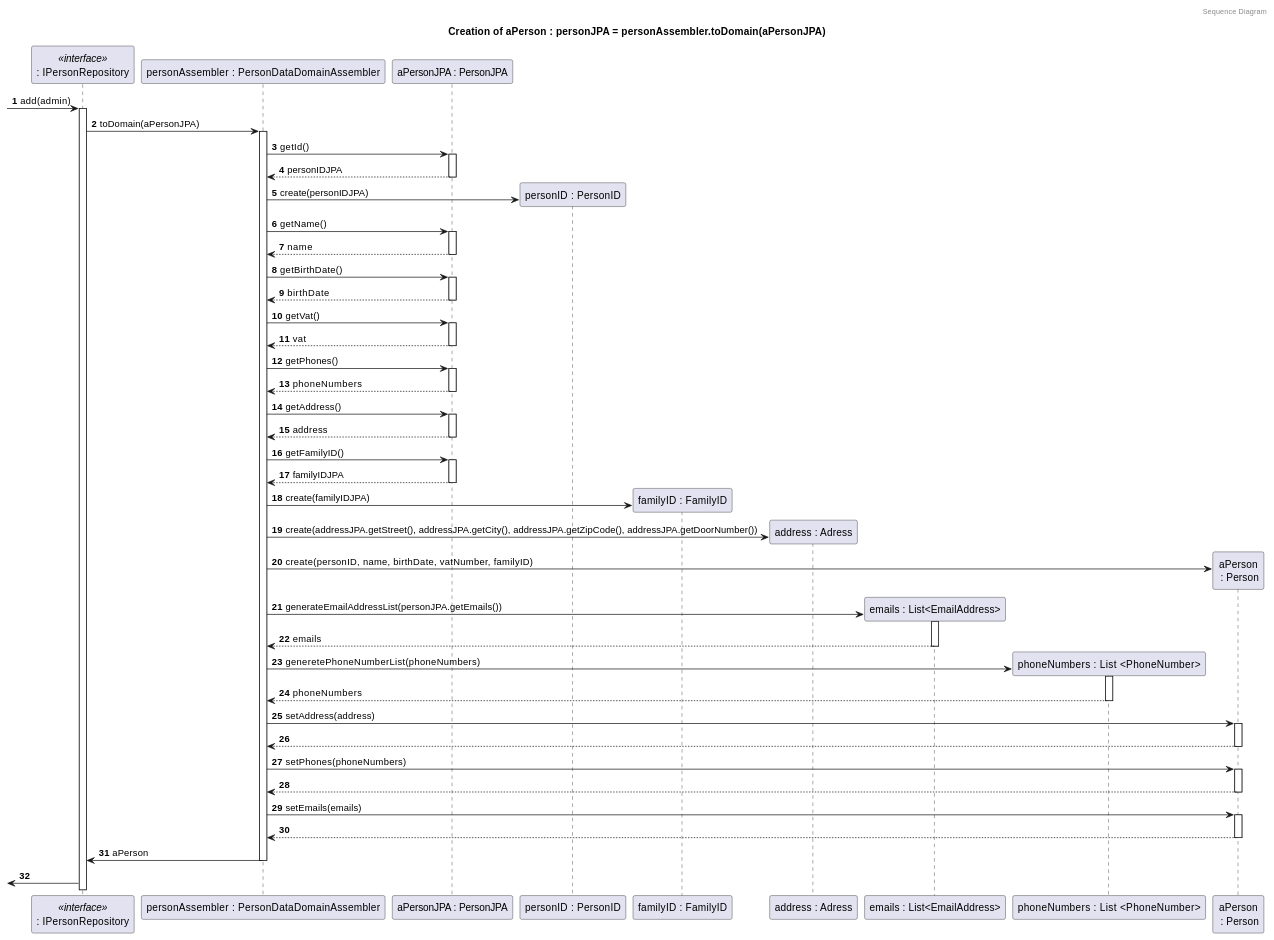
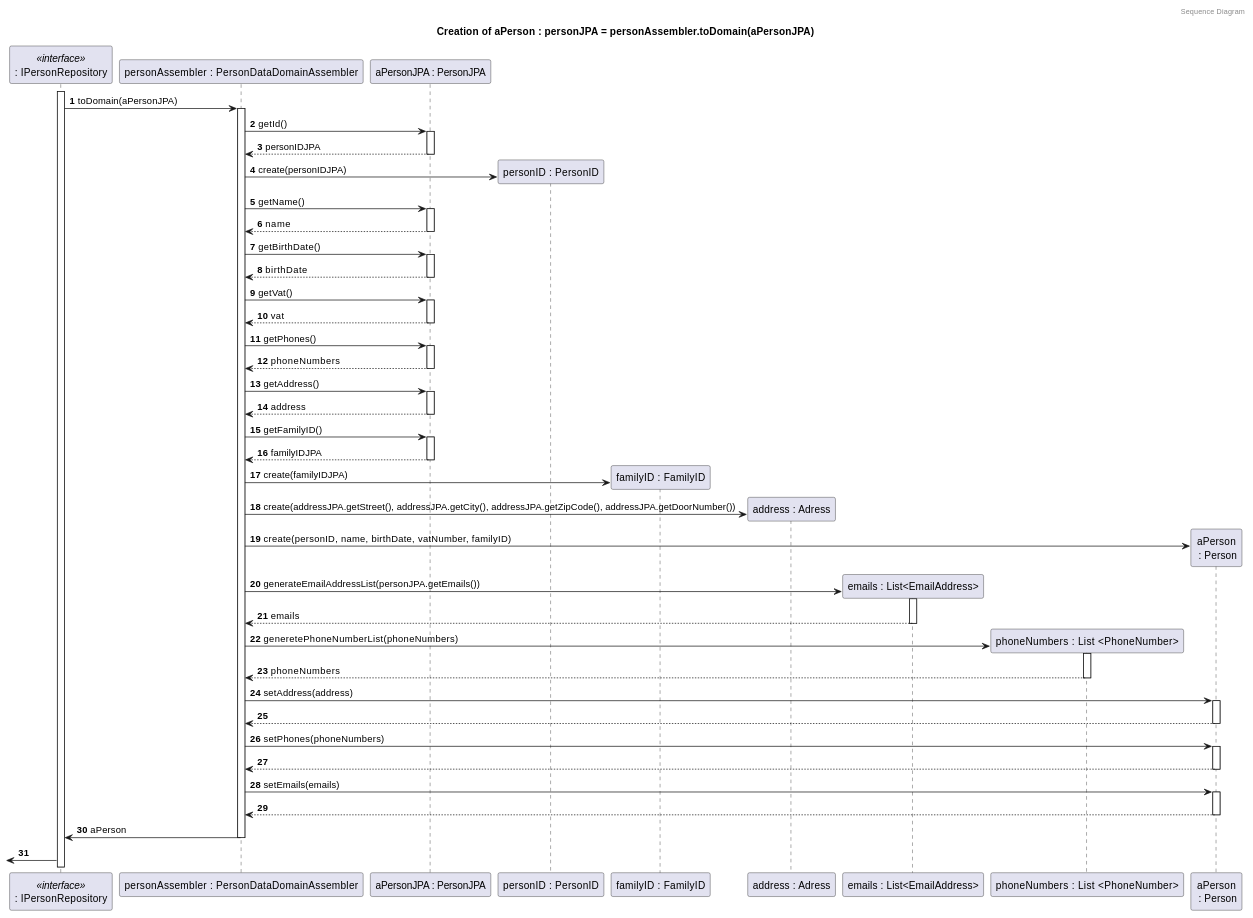
Before and after one commit to tomas-osswald/switch_2020_g3: the fifth of 6 diagrams in docs/sprint5/user_stories/US150_GetFamilyMemberProfile.md, drawn with PlantUML. The commit also changed other lines of this file and 1 other file, not shown here.

```diff
--- a/docs/sprint5/user_stories/US150_GetFamilyMemberProfile.md
+++ b/docs/sprint5/user_stories/US150_GetFamilyMemberProfile.md
@@ -301,7 +301,6 @@
 participant "aPerson\n : Person" as aPerson
 
 
--> personRepository : add(admin)
 activate personRepository
 
 personRepository -> assembler : toDomain(aPersonJPA)
```
